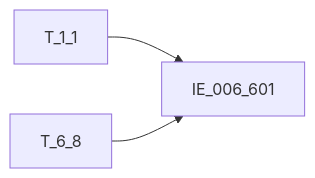
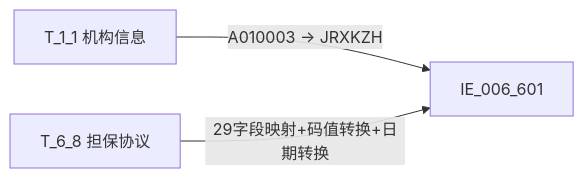
The diagram in regulatory-data-lab/知识库/血缘/EAST5.0系统/血缘-IE_006_601-表内外业务担保合同表-EAST5.0系统.md (zhoujk1989-arch/Obsidian), drawn with Mermaid before and after one commit. The commit also changed other lines of this file and 6 other files, not shown here.

````diff
--- a/regulatory-data-lab/知识库/血缘/EAST5.0系统/血缘-IE_006_601-表内外业务担保合同表-EAST5.0系统.md
+++ b/regulatory-data-lab/知识库/血缘/EAST5.0系统/血缘-IE_006_601-表内外业务担保合同表-EAST5.0系统.md
@@ -80,5 +80,5 @@
 ```mermaid
 flowchart LR
-    S1["T_1_1"] --> T["IE_006_601"]
-    S2["T_6_8"] --> T["IE_006_601"]
+    S1["T_1_1 机构信息"] -->|"A010003 → JRXKZH"| T["IE_006_601"]
+    S2["T_6_8 担保协议"] -->|"29字段映射+码值转换+日期转换"| T["IE_006_601"]
 ```
````
